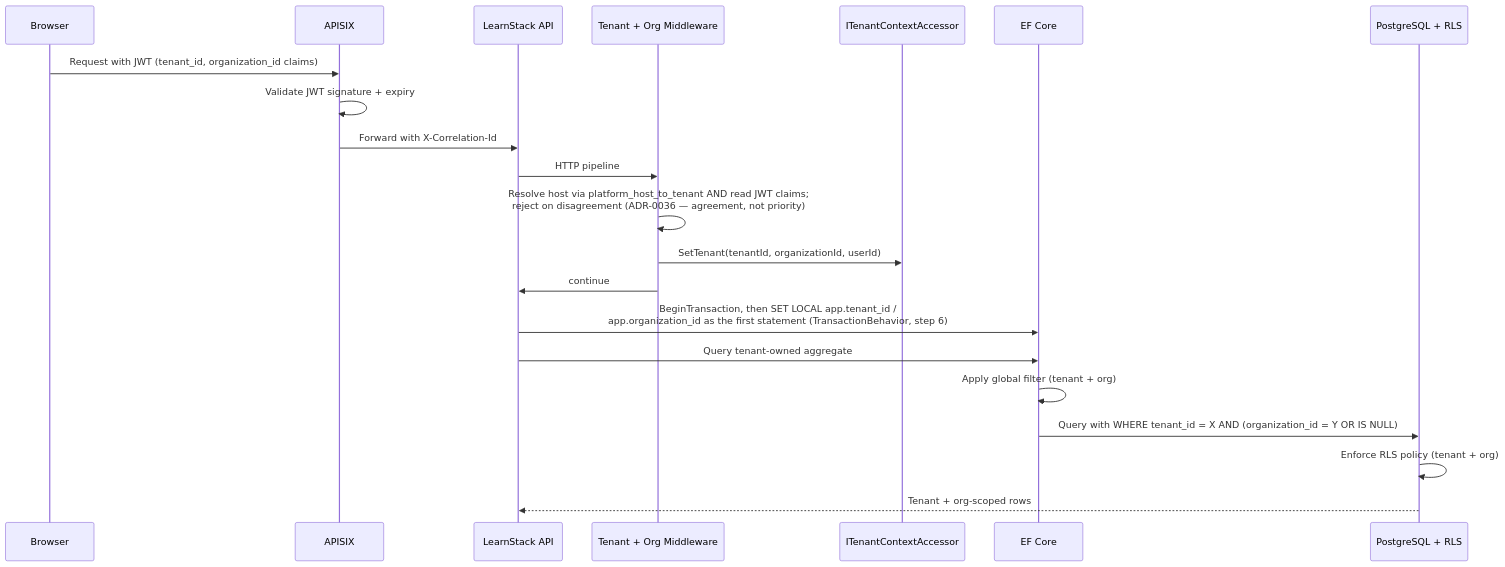
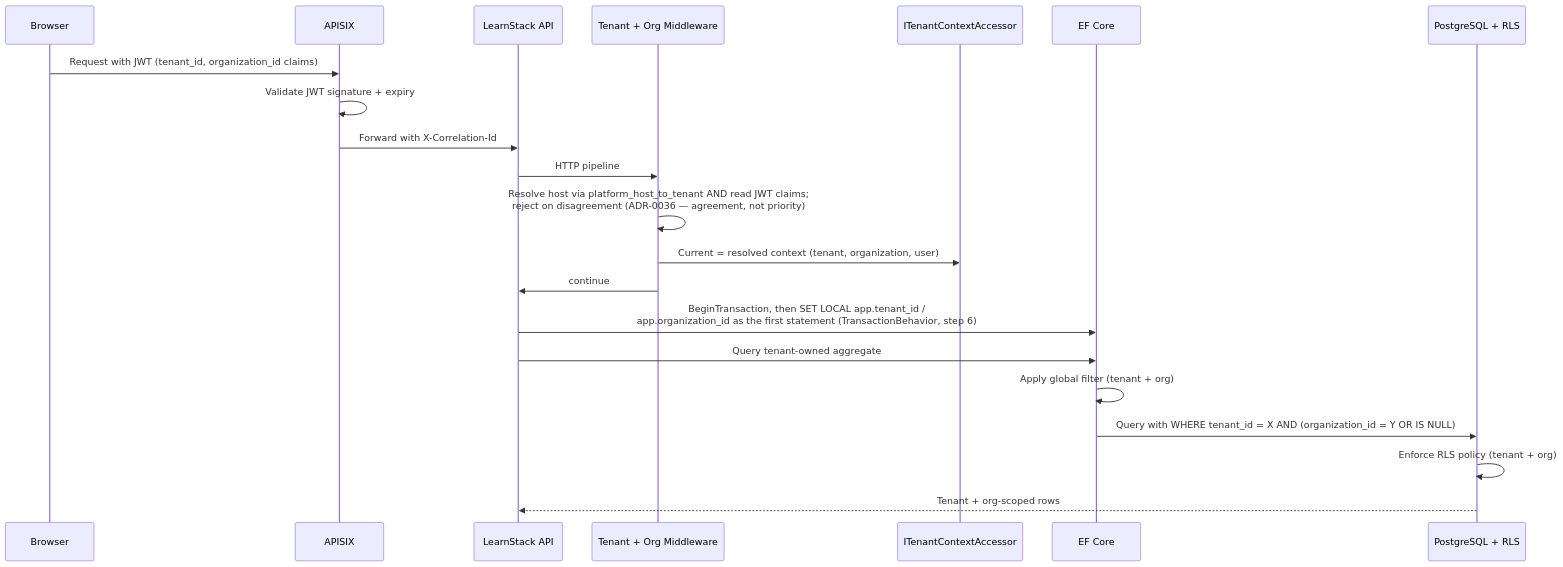
Before and after one commit to HodeTech/LearnStack: the diagram in docs/architecture/09-tenant-isolation.md, drawn with Mermaid. The commit also changed other lines of this file and 28 other files, not shown here.

````diff
--- a/docs/architecture/09-tenant-isolation.md
+++ b/docs/architecture/09-tenant-isolation.md
@@ -51,24 +51,24 @@
 ```mermaid
 sequenceDiagram
     participant Browser
     participant APISIX
     participant API as LearnStack API
     participant MW as Tenant + Org Middleware
     participant Accessor as ITenantContextAccessor
     participant EF as EF Core
     participant PG as PostgreSQL + RLS
 
     Browser->>APISIX: Request with JWT (tenant_id, organization_id claims)
     APISIX->>APISIX: Validate JWT signature + expiry
     APISIX->>API: Forward with X-Correlation-Id
     API->>MW: HTTP pipeline
     MW->>MW: Resolve host via platform_host_to_tenant AND read JWT claims#59;<br/>reject on disagreement (ADR-0036 — agreement, not priority)
-    MW->>Accessor: SetTenant(tenantId, organizationId, userId)
+    MW->>Accessor: Current = resolved context (tenant, organization, user)
     MW->>API: continue
     API->>EF: BeginTransaction, then SET LOCAL app.tenant_id /<br/>app.organization_id as the first statement (TransactionBehavior, step 6)
     API->>EF: Query tenant-owned aggregate
     EF->>EF: Apply global filter (tenant + org)
     EF->>PG: Query with WHERE tenant_id = X AND (organization_id = Y OR IS NULL)
     PG->>PG: Enforce RLS policy (tenant + org)
     PG-->>API: Tenant + org-scoped rows
 ```
````
